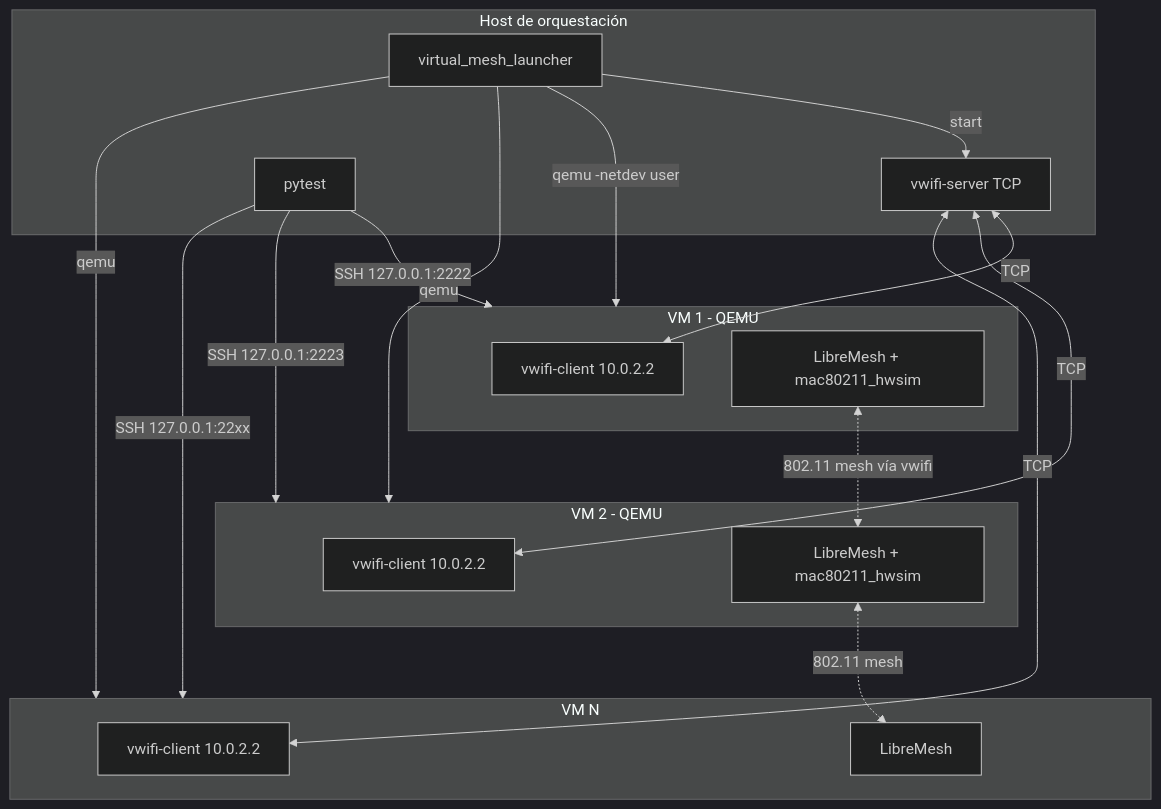
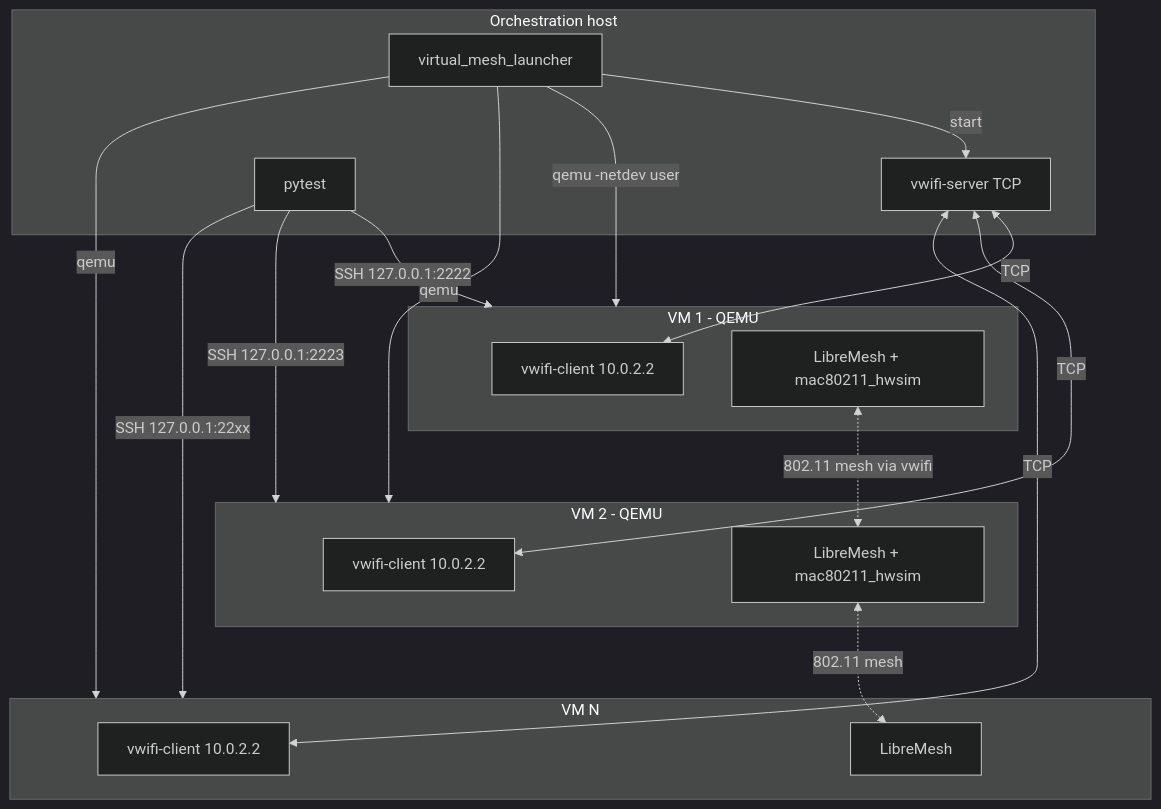
The diagram in docs/diseno/virtual-mesh-proposal.md (ccasanueva7/fcefyn_testbed_utils), drawn with Mermaid (dark theme) before and after one commit. The commit also changed other lines of this file and 23 other files, not shown here.

````diff
--- a/docs/diseno/virtual-mesh-proposal.md
+++ b/docs/diseno/virtual-mesh-proposal.md
@@ -97,36 +97,36 @@
 ```mermaid
 flowchart TB
-    subgraph Host [Host de orquestación]
+    subgraph Host [Orchestration host]
         vwifiServer[vwifi-server TCP]
         launcher[virtual_mesh_launcher]
         pytest[pytest]
     end
 
     subgraph VM1 [VM 1 - QEMU]
         vwifiClient1[vwifi-client 10.0.2.2]
         lime1[LibreMesh + mac80211_hwsim]
     end
 
     subgraph VM2 [VM 2 - QEMU]
         vwifiClient2[vwifi-client 10.0.2.2]
         lime2[LibreMesh + mac80211_hwsim]
     end
 
     subgraph VMn [VM N]
         vwifiClientN[vwifi-client 10.0.2.2]
         limeN[LibreMesh]
     end
 
     launcher -->|qemu -netdev user| VM1
     launcher -->|qemu| VM2
     launcher -->|qemu| VMn
     launcher -->|start| vwifiServer
     pytest -->|SSH 127.0.0.1:2222| VM1
     pytest -->|SSH 127.0.0.1:2223| VM2
     pytest -->|SSH 127.0.0.1:22xx| VMn
     vwifiServer <-->|TCP| vwifiClient1
     vwifiServer <-->|TCP| vwifiClient2
     vwifiServer <-->|TCP| vwifiClientN
-    lime1 <-.->|802.11 mesh vía vwifi| lime2
+    lime1 <-.->|802.11 mesh via vwifi| lime2
     lime2 <-.->|802.11 mesh| limeN
 ```
````
